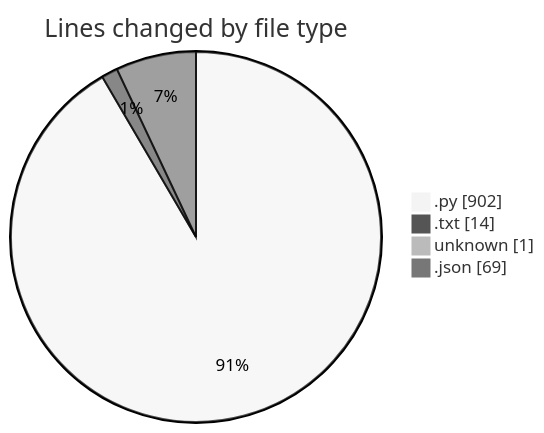
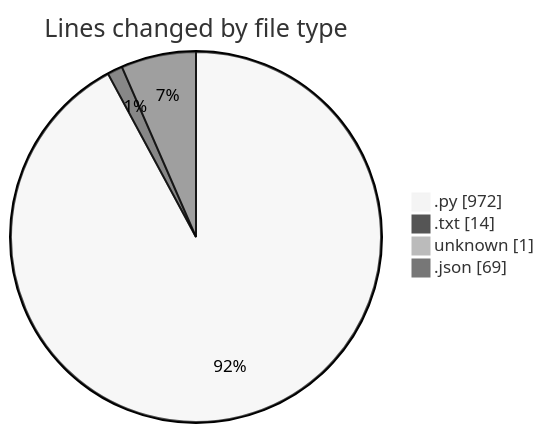
The first of 2 diagrams in 2026-07-03/researchlens/README.md (Unknowalive/code-tracking), drawn with Mermaid (neutral theme) before and after one commit. The commit also changed other lines of this file and 1 other file, not shown here.

````diff
--- a/2026-07-03/researchlens/README.md
+++ b/2026-07-03/researchlens/README.md
@@ -32,8 +32,8 @@
 ```mermaid
 pie showData
 title Lines changed by file type
-".py" : 902
+".py" : 972
 ".txt" : 14
 "unknown" : 1
 ".json" : 69
 ```
````
